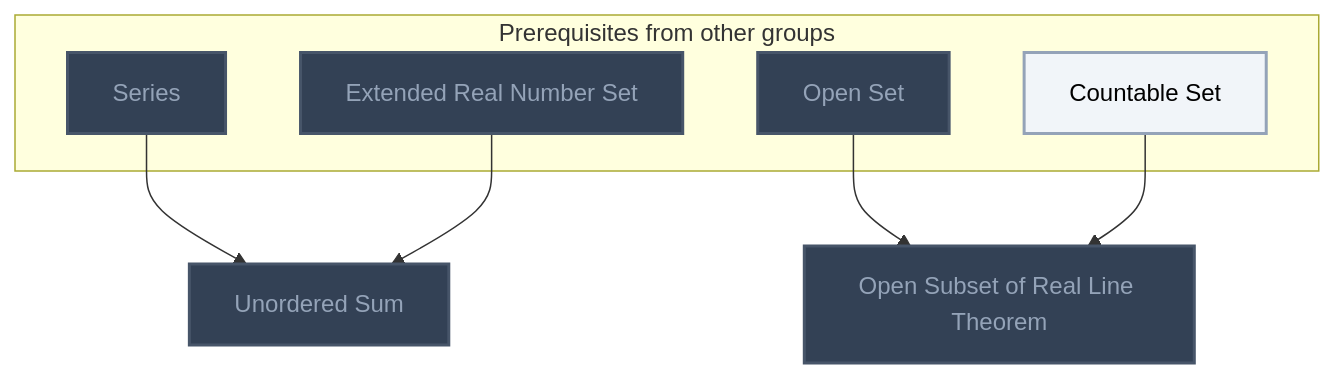
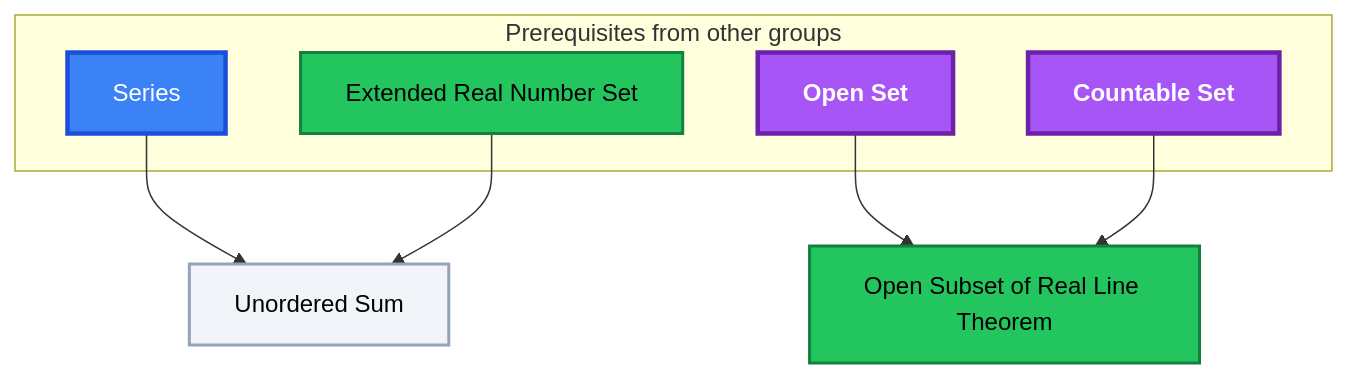
Before and after one commit to MRauf1/My-Notes: the fifth of 13 diagrams in Gamification/Skill Trees/Measure Theory.md, drawn with Mermaid. The commit also changed other lines of this file and 145 other files, not shown here.

````diff
--- a/Gamification/Skill Trees/Measure Theory.md
+++ b/Gamification/Skill Trees/Measure Theory.md
@@ -156,27 +160,29 @@
 ```mermaid
 flowchart TD
     classDef planned fill:#1E293B,stroke:#64748B,stroke-width:2px,stroke-dasharray:5 5,color:#94A3B8;
     classDef locked fill:#334155,stroke:#475569,stroke-width:2px,color:#94A3B8;
     classDef L0 fill:#F1F5F9,stroke:#94A3B8,stroke-width:2px,color:#000000;
     classDef L1 fill:#22C55E,stroke:#15803D,stroke-width:2px,color:#000000;
     classDef L2 fill:#3B82F6,stroke:#1D4ED8,stroke-width:3px,color:#FFFFFF;
     classDef L3 fill:#A855F7,stroke:#6B21A8,stroke-width:3px,color:#FFFFFF,font-weight:bold;
     classDef L4 fill:#F97316,stroke:#C2410C,stroke-width:4px,color:#000000,font-weight:bold;
     classDef L5 fill:#FFD700,stroke:#FF8C00,stroke-width:5px,color:#000000,font-weight:bold;
     classDef rusty stroke:#8B4513,stroke-width:4px,stroke-dasharray:3 3;
     subgraph sg_prereqs["Prerequisites from other groups"]
         n_series["Series"]
         n_extended_real_number_set["Extended Real Number Set"]
         n_open_set["Open Set"]
         n_countable_set["Countable Set"]
     end
     n_unordered_sum["Unordered Sum"]
     n_open_subset_of_real_line_theorem["Open Subset of Real Line Theorem"]
     n_series --> n_unordered_sum
     n_extended_real_number_set --> n_unordered_sum
     n_open_set --> n_open_subset_of_real_line_theorem
     n_countable_set --> n_open_subset_of_real_line_theorem
-    class n_series,n_extended_real_number_set,n_open_set,n_unordered_sum,n_open_subset_of_real_line_theorem locked;
-    class n_countable_set L0;
+    class n_unordered_sum L0;
+    class n_extended_real_number_set,n_open_subset_of_real_line_theorem L1;
+    class n_series L2;
+    class n_open_set,n_countable_set L3;
     class n_series,n_extended_real_number_set,n_open_set,n_countable_set,n_unordered_sum,n_open_subset_of_real_line_theorem internal-link;
 ```
````
